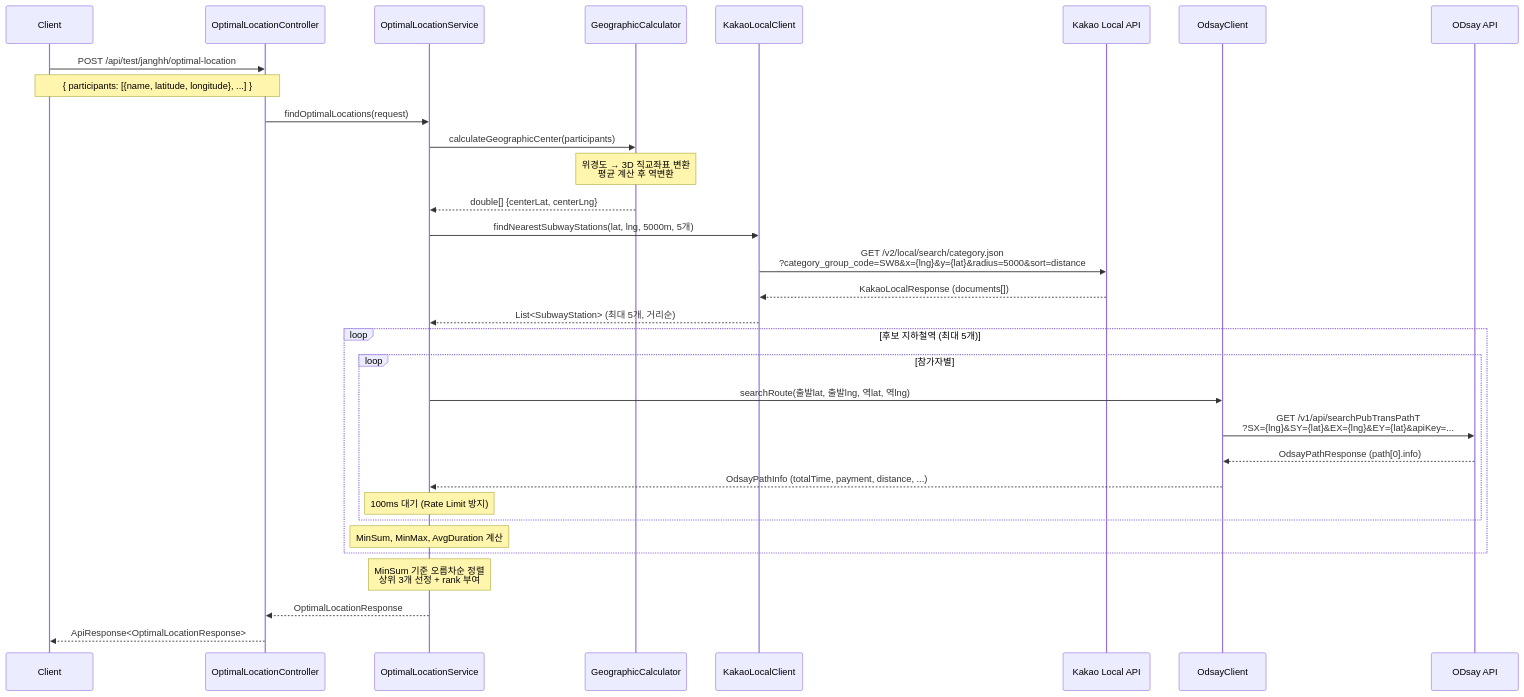
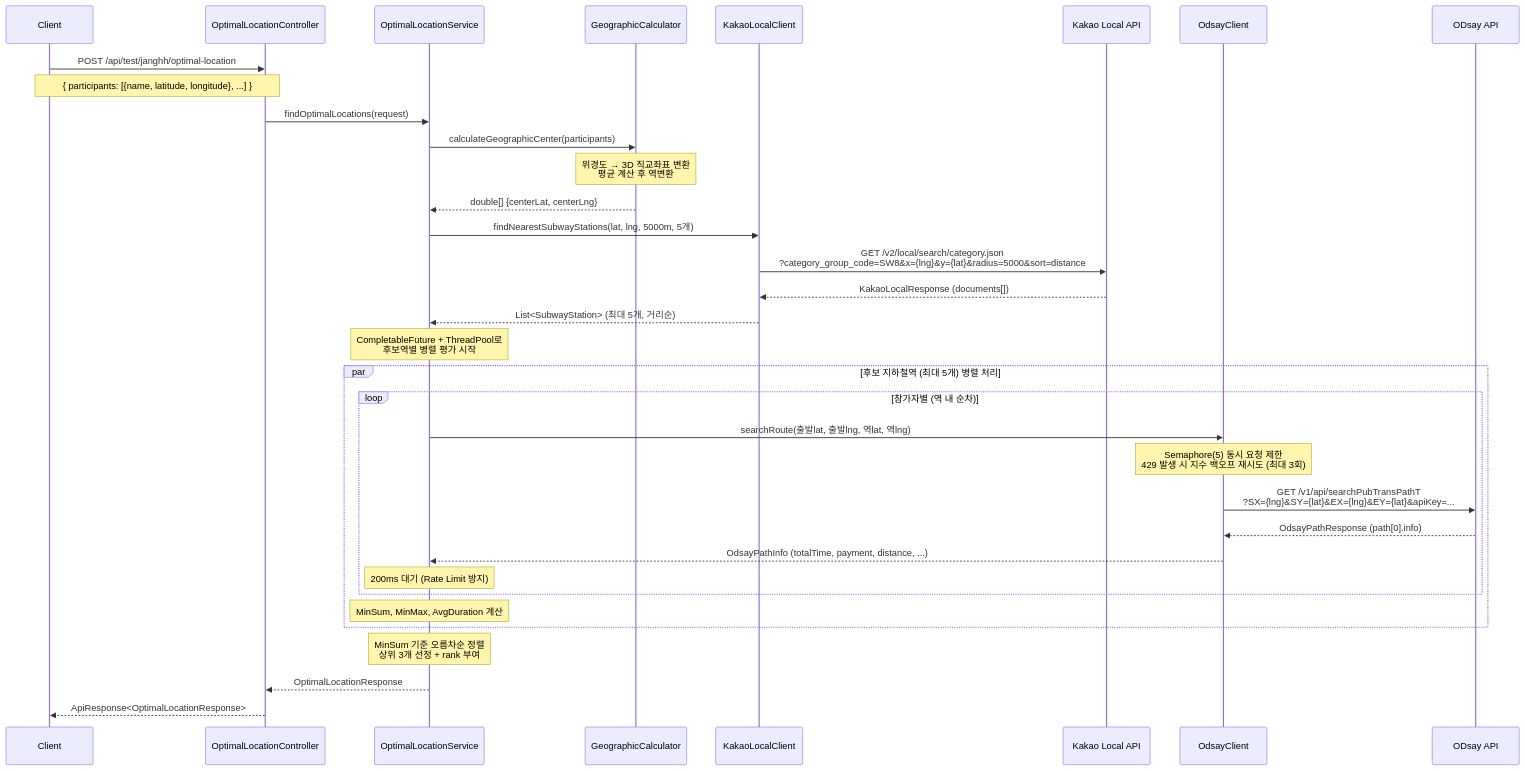
Before and after one commit to dnd-side-project/dnd-14th-8-backend: the diagram in src/main/java/com/dnd/moyeolak/test/janghh/doc/OMP_System_Architecture.md, drawn with Mermaid. The commit also changed 2 other files, not shown here.

Commit message:
feat: 병렬 최적지 평가와 odsay 호출 제한 추가
- OptimalLocationService가 후보 지하철역별 평가를 CompletableFuture + ThreadPool로 병렬 수행하고 참가자 경로 탐색을 searchRoute 헬퍼로 분리했습니다.\n- OdsayClient에 Semaphore 기반 동시 호출 제한과 429 대응 재시도, 호출 간 200ms 딜레이를 추가해 안정성을 높였습니다.\n- 시스템 아키텍처 문서에 병렬 처리 흐름과 rate limit 전략을 반영했습니다.

````diff
--- a/src/main/java/com/dnd/moyeolak/test/janghh/doc/OMP_System_Architecture.md
+++ b/src/main/java/com/dnd/moyeolak/test/janghh/doc/OMP_System_Architecture.md
@@ -75,45 +75,47 @@
 ```mermaid
 sequenceDiagram
     participant C as Client
     participant Ctrl as OptimalLocationController
     participant Svc as OptimalLocationService
     participant Geo as GeographicCalculator
     participant Kakao as KakaoLocalClient
     participant KakaoAPI as Kakao Local API
     participant Odsay as OdsayClient
     participant OdsayAPI as ODsay API
 
     C->>Ctrl: POST /api/test/janghh/optimal-location
     Note over C,Ctrl: { participants: [{name, latitude, longitude}, ...] }
 
     Ctrl->>Svc: findOptimalLocations(request)
 
     %% Step 1: 중간지점 계산
     Svc->>Geo: calculateGeographicCenter(participants)
     Note over Geo: 위경도 → 3D 직교좌표 변환<br/>평균 계산 후 역변환
     Geo-->>Svc: double[] {centerLat, centerLng}
 
     %% Step 2: 지하철역 검색
     Svc->>Kakao: findNearestSubwayStations(lat, lng, 5000m, 5개)
     Kakao->>KakaoAPI: GET /v2/local/search/category.json<br/>?category_group_code=SW8&x={lng}&y={lat}&radius=5000&sort=distance
     KakaoAPI-->>Kakao: KakaoLocalResponse (documents[])
     Kakao-->>Svc: List<SubwayStation> (최대 5개, 거리순)
 
-    %% Step 3: 각 역별 이동시간 계산
-    loop 후보 지하철역 (최대 5개)
-        loop 참가자별
+    %% Step 3: 각 역별 이동시간 계산 (병렬 처리)
+    Note over Svc: CompletableFuture + ThreadPool로<br/>후보역별 병렬 평가 시작
+    par 후보 지하철역 (최대 5개) 병렬 처리
+        loop 참가자별 (역 내 순차)
             Svc->>Odsay: searchRoute(출발lat, 출발lng, 역lat, 역lng)
+            Note over Odsay: Semaphore(5) 동시 요청 제한<br/>429 발생 시 지수 백오프 재시도 (최대 3회)
             Odsay->>OdsayAPI: GET /v1/api/searchPubTransPathT<br/>?SX={lng}&SY={lat}&EX={lng}&EY={lat}&apiKey=...
             OdsayAPI-->>Odsay: OdsayPathResponse (path[0].info)
             Odsay-->>Svc: OdsayPathInfo (totalTime, payment, distance, ...)
-            Note over Svc: 100ms 대기 (Rate Limit 방지)
+            Note over Svc: 200ms 대기 (Rate Limit 방지)
         end
         Note over Svc: MinSum, MinMax, AvgDuration 계산
     end
 
     %% Step 4: 정렬 및 추천
     Note over Svc: MinSum 기준 오름차순 정렬<br/>상위 3개 선정 + rank 부여
 
     Svc-->>Ctrl: OptimalLocationResponse
     Ctrl-->>C: ApiResponse<OptimalLocationResponse>
 ```
````
